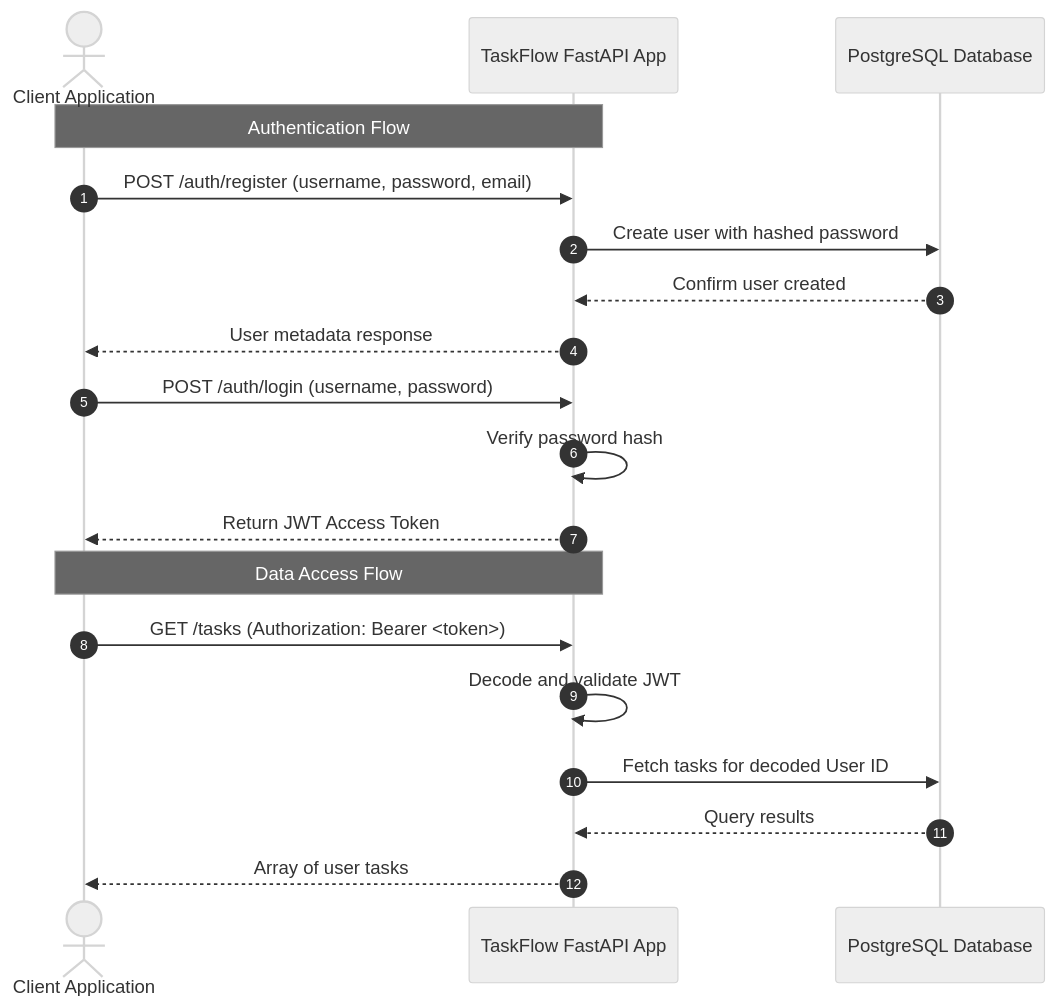
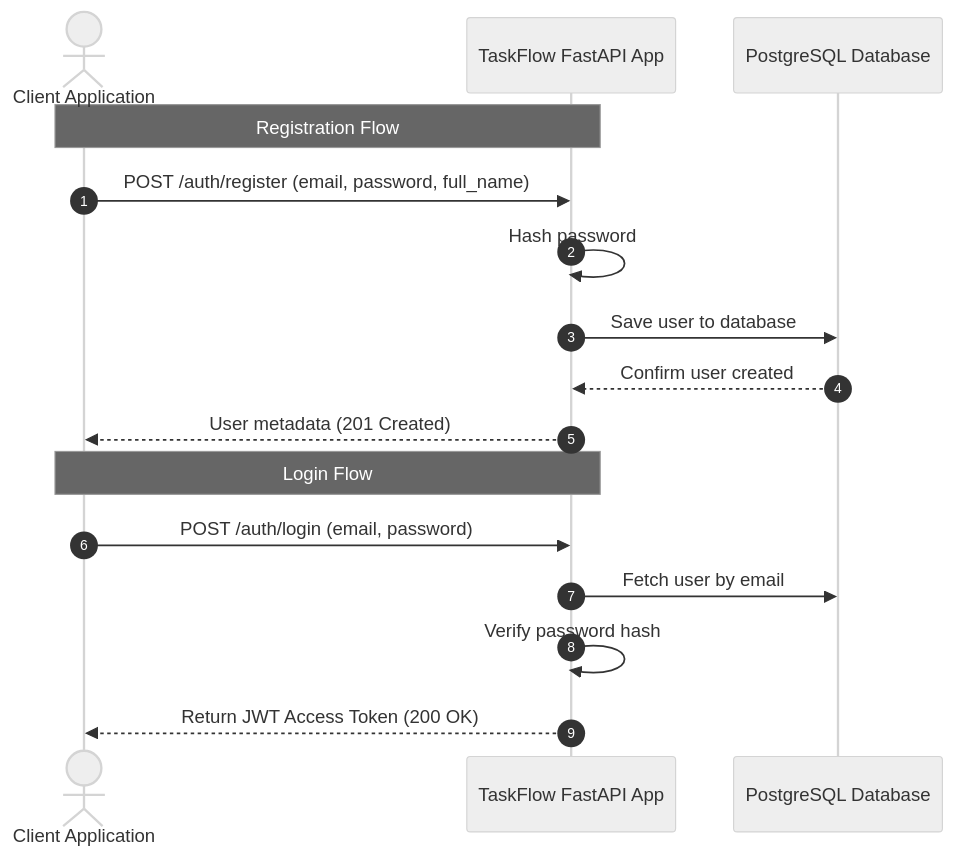
One commit to nandakumar-nandu/TaskFlowAPI changed the first of 2 diagrams in WALKTHROUGH.md. Above: the diagram before and after it, drawn with Mermaid (neutral theme). The commit also changed other lines of this file and 1 other file, not shown here.

````diff
--- a/WALKTHROUGH.md
+++ b/WALKTHROUGH.md
@@ -30,24 +31,20 @@
 ```mermaid
 sequenceDiagram
     autonumber
     actor User as Client Application
     participant API as TaskFlow FastAPI App
     participant DB as PostgreSQL Database
 
-    Note over User, API: Authentication Flow
-    User->>API: POST /auth/register (username, password, email)
-    API->>DB: Create user with hashed password
+    Note over User, API: Registration Flow
+    User->>API: POST /auth/register (email, password, full_name)
+    API->>API: Hash password
+    API->>DB: Save user to database
     DB-->>API: Confirm user created
-    API-->>User: User metadata response
+    API-->>User: User metadata (201 Created)
 
-    User->>API: POST /auth/login (username, password)
+    Note over User, API: Login Flow
+    User->>API: POST /auth/login (email, password)
+    API->>DB: Fetch user by email
     API->>API: Verify password hash
-    API-->>User: Return JWT Access Token
-
-    Note over User, API: Data Access Flow
-    User->>API: GET /tasks (Authorization: Bearer <token>)
-    API->>API: Decode and validate JWT
-    API->>DB: Fetch tasks for decoded User ID
-    DB-->>API: Query results
-    API-->>User: Array of user tasks
+    API-->>User: Return JWT Access Token (200 OK)
 ```
````
